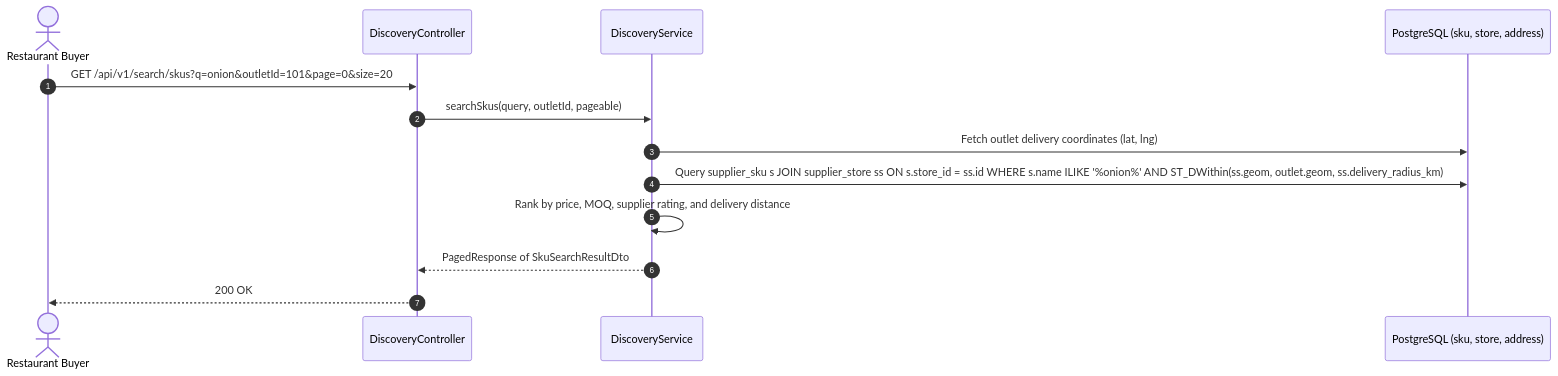
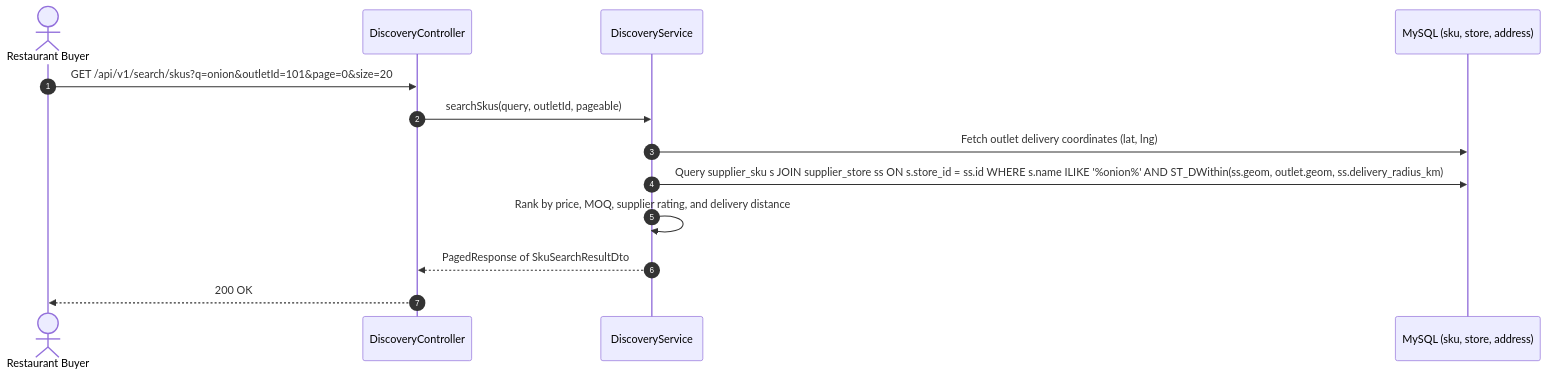
One commit to narasimha-reddy/costonomy-mp-api changed the first of 3 diagrams in docs/architecture/sequence-diagrams/07-discovery-and-catalog.md. Above: the diagram before and after it, drawn with Mermaid. The commit also changed other lines of this file and 19 other files, not shown here.

First line of the commit message:
docs(delivery): current state, diagrams, decisions D-204 to D-207, changelog and traceability

````diff
--- a/docs/architecture/sequence-diagrams/07-discovery-and-catalog.md
+++ b/docs/architecture/sequence-diagrams/07-discovery-and-catalog.md
@@ -10,16 +10,16 @@
 ```mermaid
 sequenceDiagram
     autonumber
     actor Buyer as Restaurant Buyer
     participant DC as DiscoveryController
     participant DS as DiscoveryService
-    participant DB as PostgreSQL (sku, store, address)
+    participant DB as MySQL (sku, store, address)
 
     Buyer->>DC: GET /api/v1/search/skus?q=onion&outletId=101&page=0&size=20
     DC->>DS: searchSkus(query, outletId, pageable)
     DS->>DB: Fetch outlet delivery coordinates (lat, lng)
     DS->>DB: Query supplier_sku s JOIN supplier_store ss ON s.store_id = ss.id WHERE s.name ILIKE '%onion%' AND ST_DWithin(ss.geom, outlet.geom, ss.delivery_radius_km)
     DS->>DS: Rank by price, MOQ, supplier rating, and delivery distance
     DS-->>DC: PagedResponse of SkuSearchResultDto
     DC-->>Buyer: 200 OK
 ```
````
